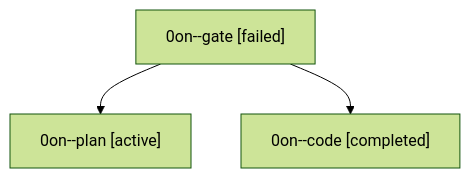
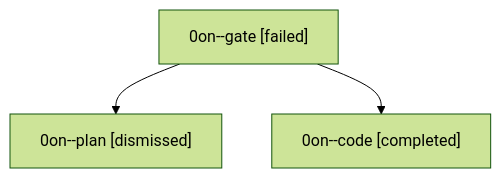
The diagram in sessions/bbugyi200.athena.0on.md (sase-org/sase--agents), drawn with Mermaid (forest theme) before and after one commit. The commit also changed other lines of this file and 37 other files, not shown here.

````diff
--- a/sessions/bbugyi200.athena.0on.md
+++ b/sessions/bbugyi200.athena.0on.md
@@ -9,8 +9,8 @@
 ```mermaid
 flowchart TD
   n0["0on--gate [failed]"]
-  n1["0on--plan [active]"]
+  n1["0on--plan [dismissed]"]
   n0 --> n1
   n2["0on--code [completed]"]
   n0 --> n2
 ```
````
